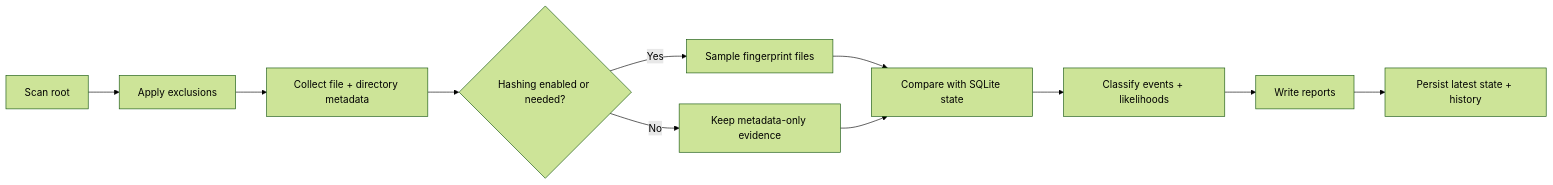
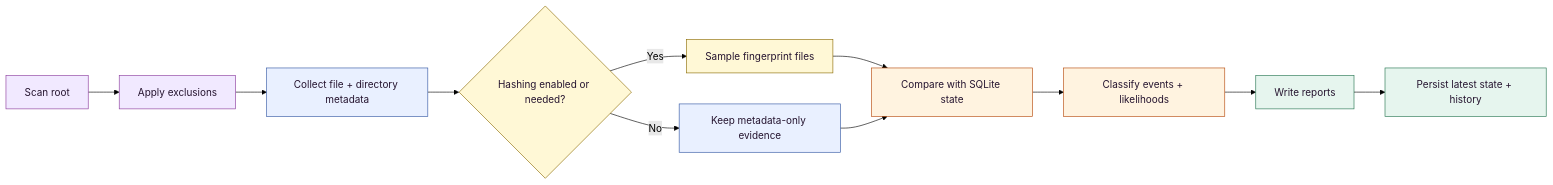
The first of 2 diagrams in README.md (Alieyeh/File_Integrity_Check), drawn with Mermaid (forest theme) before and after one commit. The commit also changed other lines of this file and 3 other files, not shown here.

````diff
--- a/README.md
+++ b/README.md
@@ -27,13 +36,24 @@
 ```mermaid
 flowchart LR
     A["Scan root"] --> B["Apply exclusions"]
     B --> C["Collect file + directory metadata"]
     C --> D{"Hashing enabled or needed?"}
     D -->|Yes| E["Sample fingerprint files"]
     D -->|No| F["Keep metadata-only evidence"]
     E --> G["Compare with SQLite state"]
     F --> G
     G --> H["Classify events + likelihoods"]
     H --> I["Write reports"]
     I --> J["Persist latest state + history"]
+
+    classDef scan fill:#f1e9ff,stroke:#8b3a9c,color:#25142f;
+    classDef metadata fill:#e9f0ff,stroke:#3156a3,color:#25142f;
+    classDef hash fill:#fff8d6,stroke:#8a6a00,color:#25142f;
+    classDef report fill:#e6f5ee,stroke:#24744f,color:#25142f;
+    classDef risk fill:#fff3e0,stroke:#b54708,color:#25142f;
+    class A,B scan;
+    class C,F metadata;
+    class D,E hash;
+    class G,H risk;
+    class I,J report;
 ```
````
